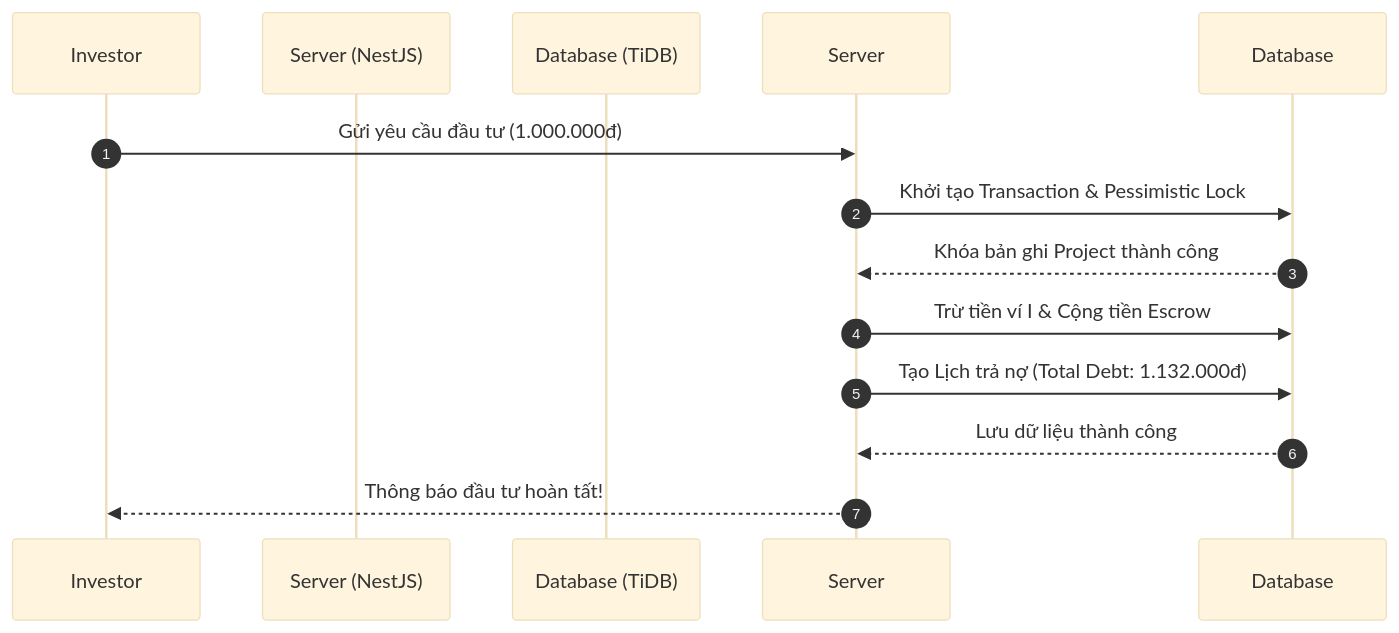
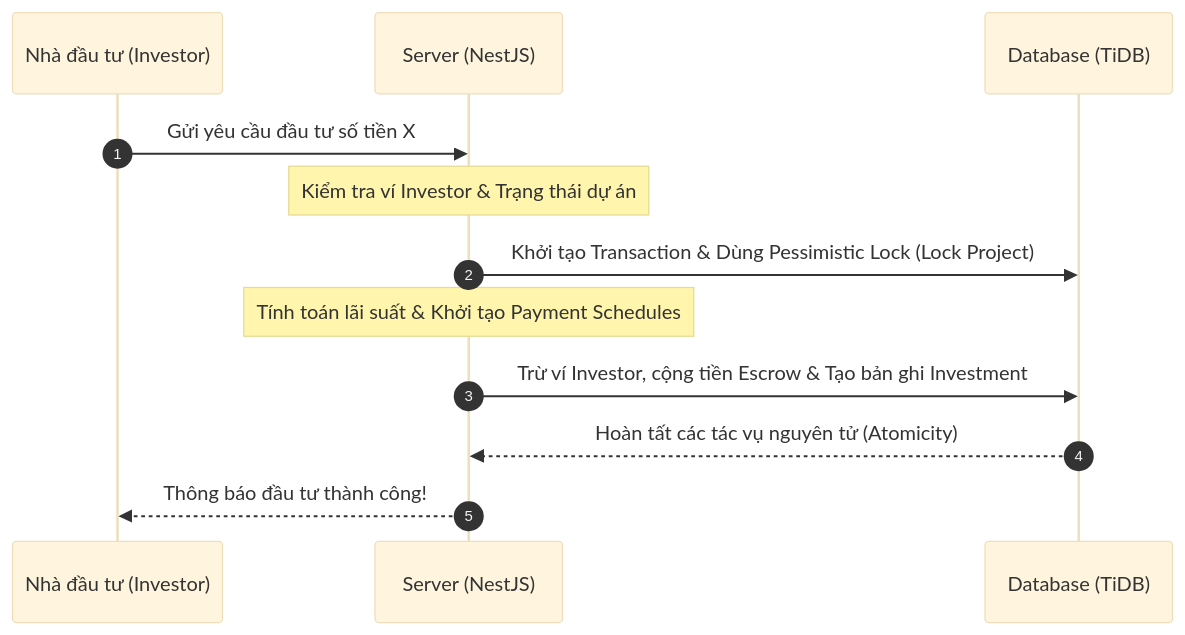
Diagram 16 of 25 in doc.md (Loisori/SCI-ITF-Canhan42_TrinhSuTruongThi), drawn with Mermaid (base theme) before and after one commit. The commit also changed other lines of this file and 1 other file, not shown here.

````diff
--- a/doc.md
+++ b/doc.md
@@ -1317,15 +1383,15 @@
 ```mermaid
 sequenceDiagram
     autonumber
-    participant I as Investor
+    participant I as Nhà đầu tư (Investor)
     participant S as Server (NestJS)
     participant D as Database (TiDB)
 
-    I->>Server: Gửi yêu cầu đầu tư (1.000.000đ)
-    Server->>Database: Khởi tạo Transaction & Pessimistic Lock
-    Database-->>Server: Khóa bản ghi Project thành công
-    Server->>Database: Trừ tiền ví I & Cộng tiền Escrow
-    Server->>Database: Tạo Lịch trả nợ (Total Debt: 1.132.000đ)
-    Database-->>Server: Lưu dữ liệu thành công
-    Server-->>I: Thông báo đầu tư hoàn tất!
+    I->>S: Gửi yêu cầu đầu tư số tiền X
+    Note over S: Kiểm tra ví Investor & Trạng thái dự án
+    S->>D: Khởi tạo Transaction & Dùng Pessimistic Lock (Lock Project)
+    Note over S: Tính toán lãi suất & Khởi tạo Payment Schedules
+    S->>D: Trừ ví Investor, cộng tiền Escrow & Tạo bản ghi Investment
+    D-->>S: Hoàn tất các tác vụ nguyên tử (Atomicity)
+    S-->>I: Thông báo đầu tư thành công!
 ```
````
